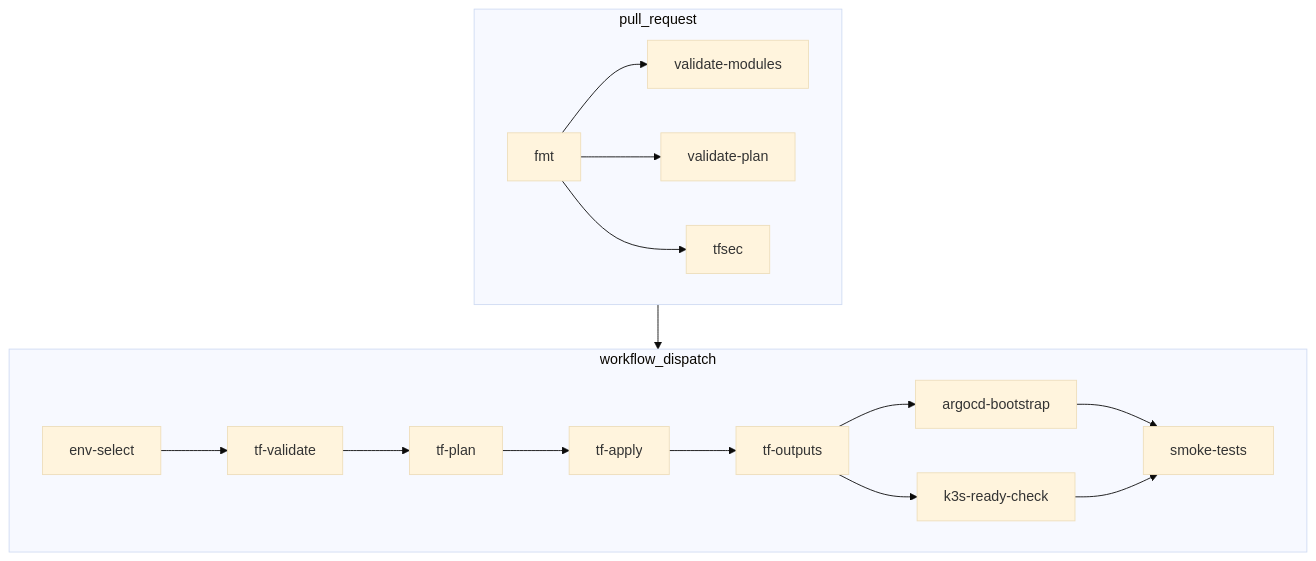
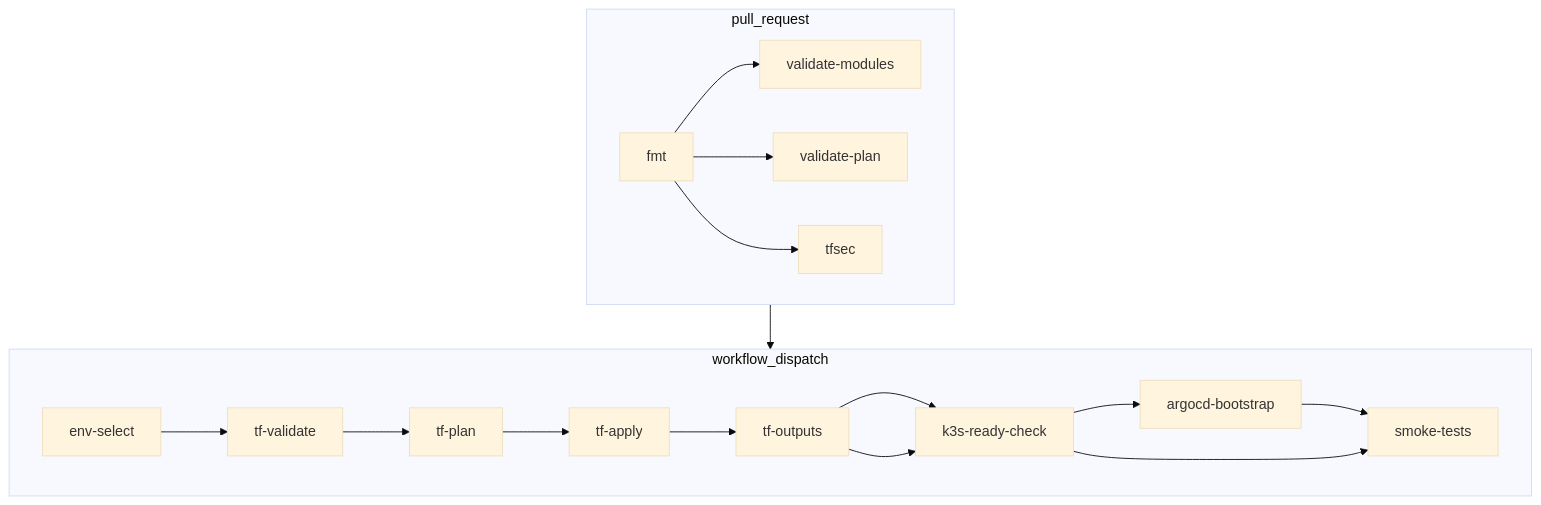
Before and after one commit to ClementV78/CloudRadar: the diagram in docs/runbooks/ci-infra.md, drawn with Mermaid (base theme). The commit also changed other lines of this file and 1 other file, not shown here.

Commit message:
ci(infra): gate argocd bootstrap on k3s ready
Refs #143

````diff
--- a/docs/runbooks/ci-infra.md
+++ b/docs/runbooks/ci-infra.md
@@ -57,31 +57,31 @@
 ```mermaid
 flowchart TB
   subgraph PR["pull_request"]
     fmt[fmt]
     validate-modules[validate-modules]
     validate-plan[validate-plan]
     tfsec[tfsec]
     fmt --> validate-modules
     fmt --> validate-plan
     fmt --> tfsec
   end
 
   subgraph Dispatch["workflow_dispatch"]
     env-select[env-select]
     tf-validate[tf-validate]
     tf-plan[tf-plan]
     tf-apply[tf-apply]
     tf-outputs[tf-outputs]
     k3s-ready-check[k3s-ready-check]
     argocd-bootstrap[argocd-bootstrap]
     smoke-tests[smoke-tests]
 
     env-select --> tf-validate --> tf-plan --> tf-apply --> tf-outputs
-    tf-outputs --> argocd-bootstrap
+    tf-outputs --> k3s-ready-check --> argocd-bootstrap
     tf-outputs --> k3s-ready-check
     argocd-bootstrap --> smoke-tests
     k3s-ready-check --> smoke-tests
   end
 
   PR --> Dispatch
 ```
````
